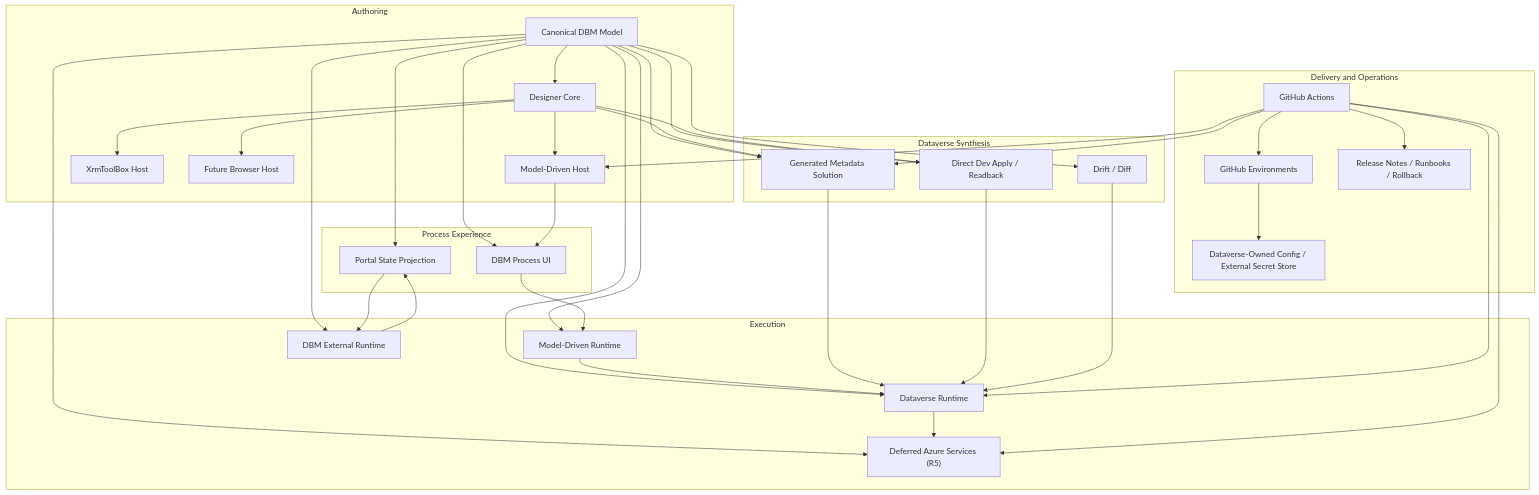
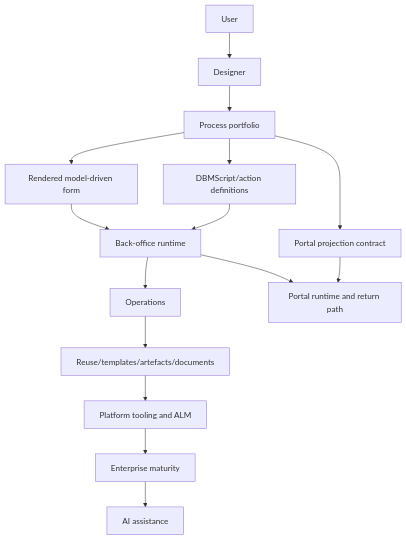
Before and after one commit to yagasoft/Dynamics-BusinessMachine: the diagram in docs/architecture/target-platform-architecture.md, drawn with Mermaid. The commit also changed other lines of this file and 40 other files, not shown here.

Commit message:
docs: reset roadmap to process-first R1

````diff
--- a/docs/architecture/target-platform-architecture.md
+++ b/docs/architecture/target-platform-architecture.md
@@ -178,67 +63,17 @@
 ```mermaid
 flowchart TB
-    subgraph Authoring["Authoring"]
-        A["Canonical DBM Model"]
-        B["Designer Core"]
-        C["Model-Driven Host"]
-        D["XrmToolBox Host"]
-        E["Future Browser Host"]
-    end
-
-    subgraph Experience["Process Experience"]
-        F["DBM Process UI"]
-        G["Portal State Projection"]
-    end
-
-    subgraph Runtime["Execution"]
-        H["Model-Driven Runtime"]
-        I["Dataverse Runtime"]
-        J["Deferred Azure Services (R5)"]
-        K["DBM External Runtime"]
-    end
-
-    subgraph Delivery["Delivery and Operations"]
-        L["GitHub Actions"]
-        M["GitHub Environments"]
-        N["Dataverse-Owned Config / External Secret Store"]
-        O["Release Notes / Runbooks / Rollback"]
-    end
-
-    subgraph Synthesis["Dataverse Synthesis"]
-        P["Direct Dev Apply / Readback"]
-        Q["Generated Metadata Solution"]
-        R["Drift / Diff"]
-    end
-
-    A --> B
-    B --> C
-    B --> D
-    B --> E
-    A --> F
-    A --> G
-    A --> H
-    A --> I
-    A --> J
-    A --> K
-    C --> F
-    K --> G
-    F --> H
-    G --> K
-    H --> I
-    I --> J
-    A --> P
-    A --> Q
-    A --> R
-    B --> P
-    B --> Q
-    Q --> I
-    P --> I
-    R --> I
-    L --> M
-    M --> N
-    L --> O
-    L --> C
-    L --> I
-    L --> J
-    L --> Q
+    A["User"] --> B["Designer"]
+    B --> C["Process portfolio"]
+    C --> D["Rendered model-driven form"]
+    C --> E["Portal projection contract"]
+    C --> F["DBMScript/action definitions"]
+    F --> G["Back-office runtime"]
+    D --> G
+    G --> H["Operations"]
+    H --> I["Reuse/templates/artefacts/documents"]
+    I --> J["Platform tooling and ALM"]
+    J --> K["Enterprise maturity"]
+    K --> L["AI assistance"]
+    E --> M["Portal runtime and return path"]
+    G --> M
 ```
````
